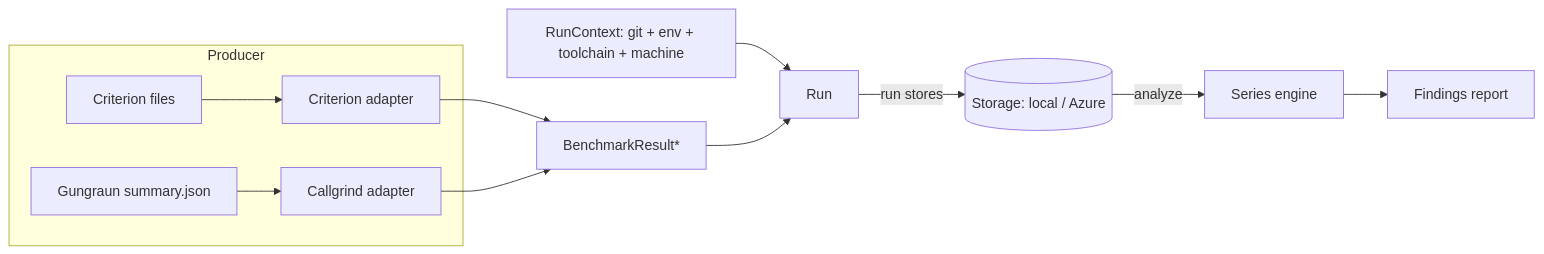
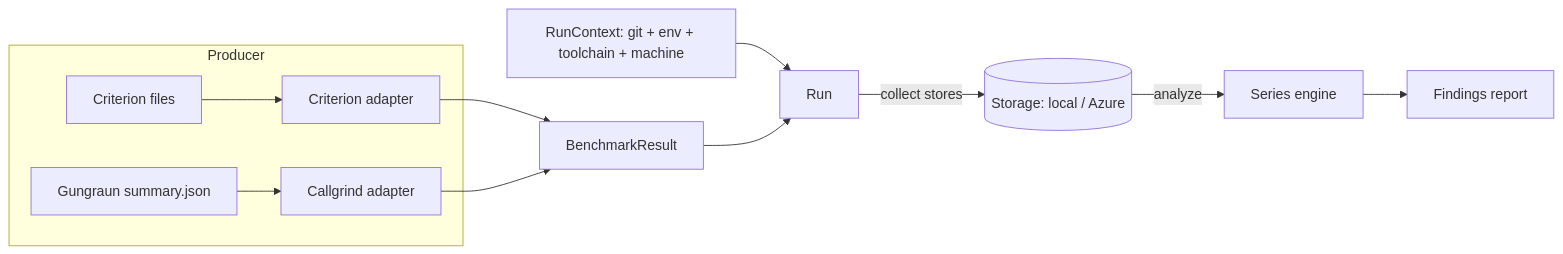
Before and after one commit to folo-rs/folo: the diagram in packages/cargo-bench-history/docs/DESIGN.md, drawn with Mermaid. The commit also changed other lines of this file and 8 other files, not shown here.

````diff
--- a/packages/cargo-bench-history/docs/DESIGN.md
+++ b/packages/cargo-bench-history/docs/DESIGN.md
@@ -157,13 +48,13 @@
 ```mermaid
 flowchart LR
   subgraph Producer
     C[Criterion files] --> A1[Criterion adapter]
     G[Gungraun summary.json] --> A2[Callgrind adapter]
   end
-  A1 --> RR[BenchmarkResult*]
+  A1 --> RR[BenchmarkResult]
   A2 --> RR
   CTX[RunContext: git + env + toolchain + machine] --> RS[Run]
   RR --> RS
-  RS -->|run stores| ST[(Storage: local / Azure)]
+  RS -->|collect stores| ST[(Storage: local / Azure)]
   ST -->|analyze| SE[Series engine] --> F[Findings report]
 ```
````
